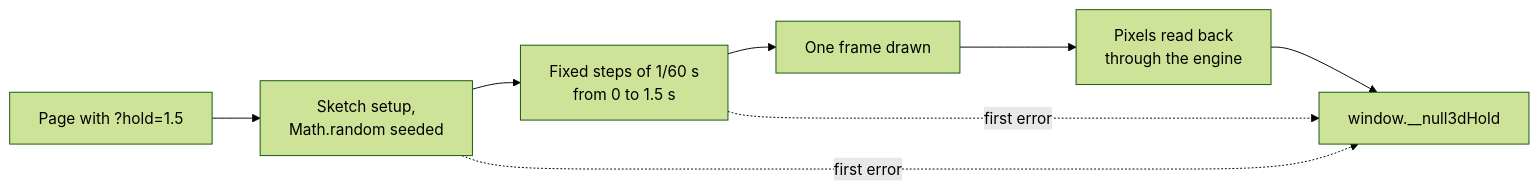
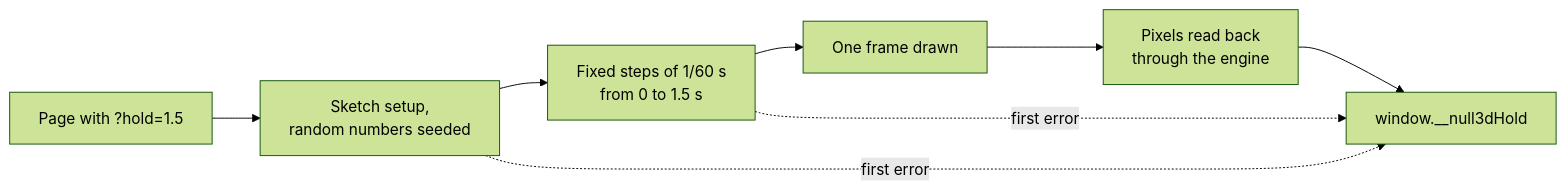
Before and after one commit to null3d-engine/null3d: the diagram in docs/guides/testing.md, drawn with Mermaid (forest theme). The commit also changed other lines of this file and 49 other files, not shown here.

````diff
--- a/docs/guides/testing.md
+++ b/docs/guides/testing.md
@@ -13,10 +13,10 @@
 ```mermaid
 flowchart LR
-    start["Page with ?hold=1.5"] --> setup["Sketch setup,<br/>Math.random seeded"]
+    start["Page with ?hold=1.5"] --> setup["Sketch setup,<br/>random numbers seeded"]
     setup --> steps["Fixed steps of 1/60 s<br/>from 0 to 1.5 s"]
     steps --> draw["One frame drawn"]
     draw --> read["Pixels read back<br/>through the engine"]
     read --> result["window.__null3dHold"]
     setup -. "first error" .-> result
     steps -. "first error" .-> result
 ```
````
